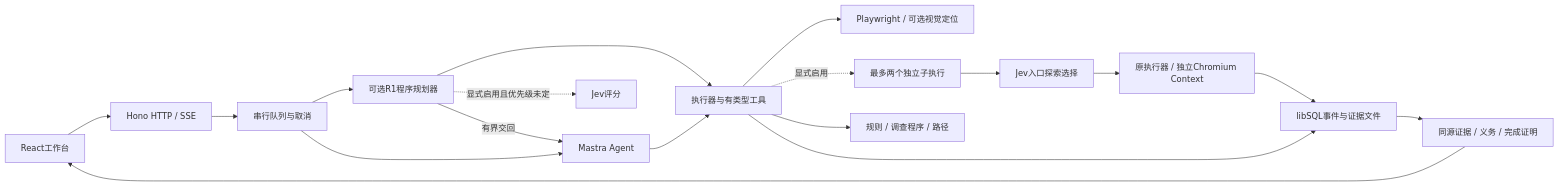
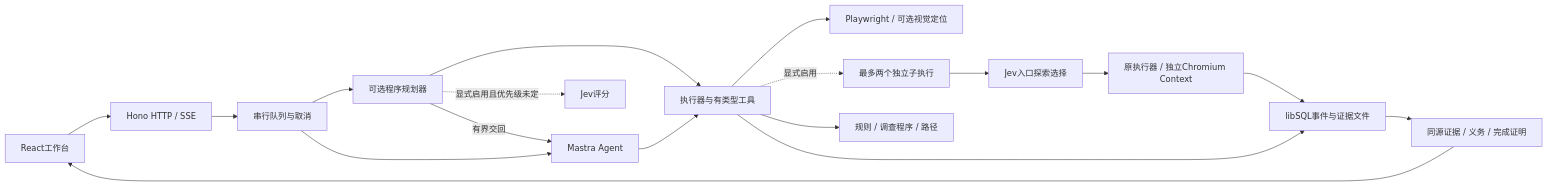
Before and after one commit to FailLone/ui-sentinel: the diagram in docs/architecture.md, drawn with Mermaid. The commit also changed other lines of this file and 67 other files, not shown here.

````diff
--- a/docs/architecture.md
+++ b/docs/architecture.md
@@ -7,20 +5,20 @@
 ```mermaid
 flowchart LR
   UI[React工作台] --> API[Hono HTTP / SSE]
   API --> Queue[串行队列与取消]
-  Queue --> Planner[可选R1程序规划器]
+  Queue --> Planner[可选程序规划器]
   Planner --> Tools
   Planner -->|有界交回| Agent[Mastra Agent]
   Queue --> Agent
   Planner -. 显式启用且优先级未定 .-> Jev[Jev评分]
   Agent --> Tools[执行器与有类型工具]
   Tools --> Browser[Playwright / 可选视觉定位]
   Tools -. 显式启用 .-> Children[最多两个独立子执行]
   Children --> PopupJev[Jev入口探索选择]
   PopupJev --> ChildBrowser[原执行器 / 独立Chromium Context]
   ChildBrowser --> Store
   Tools --> Rules[规则 / 调查程序 / 路径]
   Tools --> Store[libSQL事件与证据文件]
   Store --> Report[同源证据 / 义务 / 完成证明]
   Report --> UI
 ```
````
